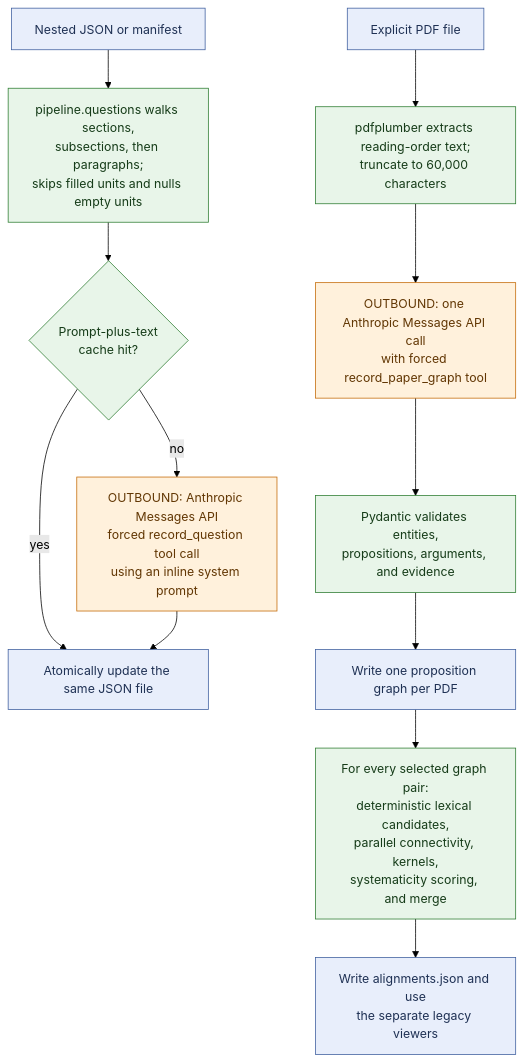
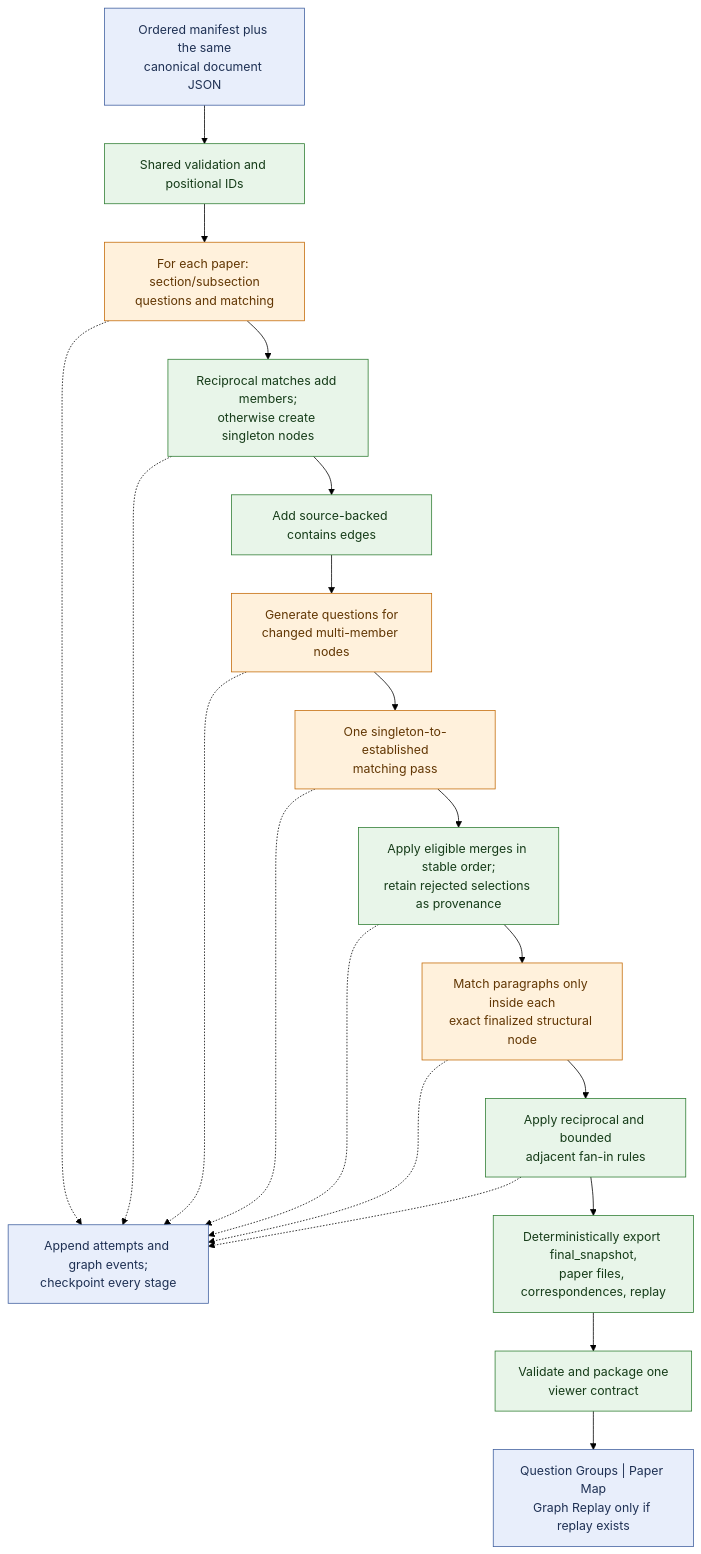
The second of 2 diagrams in PIPELINE_FLOW.md (GraceGSy/SME-prototype), drawn with Mermaid (forest theme) before and after one commit. The commit also changed other lines of this file and 62 other files, not shown here.

Commit message:
Standardize document pipeline contracts

````diff
--- a/PIPELINE_FLOW.md
+++ b/PIPELINE_FLOW.md
@@ -319,26 +50,31 @@
 ```mermaid
 flowchart TD
-    QInput["Nested JSON or manifest"]:::artifact
-    QWalk["pipeline.questions walks sections,<br/>subsections, then paragraphs;<br/>skips filled units and nulls empty units"]:::det
-    QLocalCache{"Prompt-plus-text<br/>cache hit?"}:::det
-    QDirect["OUTBOUND: Anthropic Messages API<br/>forced record_question tool call<br/>using an inline system prompt"]:::llm
-    QWrite["Atomically update the same JSON file"]:::artifact
+    Manifest["Ordered manifest plus the same<br/>canonical document JSON"]:::artifact
+    Load["Shared validation and positional IDs"]:::det
+    Structural["For each paper: section/subsection<br/>questions and matching"]:::llm
+    Reconcile["Reciprocal matches add members;<br/>otherwise create singleton nodes"]:::det
+    Contains["Add source-backed contains edges"]:::det
+    NodeQuestions["Generate questions for<br/>changed multi-member nodes"]:::llm
+    Rerepresent["One singleton-to-established<br/>matching pass"]:::llm
+    Merge["Apply eligible merges in stable order;<br/>retain rejected selections as provenance"]:::det
+    Paragraphs["Match paragraphs only inside each<br/>exact finalized structural node"]:::llm
+    ParagraphRules["Apply reciprocal and bounded<br/>adjacent fan-in rules"]:::det
+    Events["Append attempts and graph events;<br/>checkpoint every stage"]:::artifact
+    Export["Deterministically export final_snapshot,<br/>paper files, correspondences, replay"]:::det
+    Package["Validate and package one<br/>viewer contract"]:::det
+    UI["Question Groups | Paper Map<br/>Graph Replay only if replay exists"]:::artifact
 
-    PDF["Explicit PDF file"]:::artifact
-    PDFText["pdfplumber extracts reading-order text;<br/>truncate to 60,000 characters"]:::det
-    PCall["OUTBOUND: one Anthropic Messages API call<br/>with forced record_paper_graph tool"]:::llm
-    PValidate["Pydantic validates entities,<br/>propositions, arguments, and evidence"]:::det
-    PGraph["Write one proposition graph per PDF"]:::artifact
-    Align["For every selected graph pair:<br/>deterministic lexical candidates,<br/>parallel connectivity, kernels,<br/>systematicity scoring, and merge"]:::det
-    AlignOut["Write alignments.json and use<br/>the separate legacy viewers"]:::artifact
-
-    QInput --> QWalk --> QLocalCache
-    QLocalCache -->|yes| QWrite
-    QLocalCache -->|no| QDirect --> QWrite
-
-    PDF --> PDFText --> PCall --> PValidate --> PGraph --> Align --> AlignOut
+    Manifest --> Load --> Structural --> Reconcile --> Contains --> NodeQuestions
+    NodeQuestions --> Rerepresent --> Merge --> Paragraphs --> ParagraphRules --> Export --> Package --> UI
+    Structural -.-> Events
+    Reconcile -.-> Events
+    NodeQuestions -.-> Events
+    Rerepresent -.-> Events
+    Merge -.-> Events
+    Paragraphs -.-> Events
+    ParagraphRules -.-> Events
 
     classDef det fill:#e8f5e9,stroke:#2e7d32,color:#163c19;
     classDef llm fill:#fff1dc,stroke:#c46b08,color:#623704;
     classDef artifact fill:#e8eefb,stroke:#3f5f9f,color:#1f3154;
 ```
````
